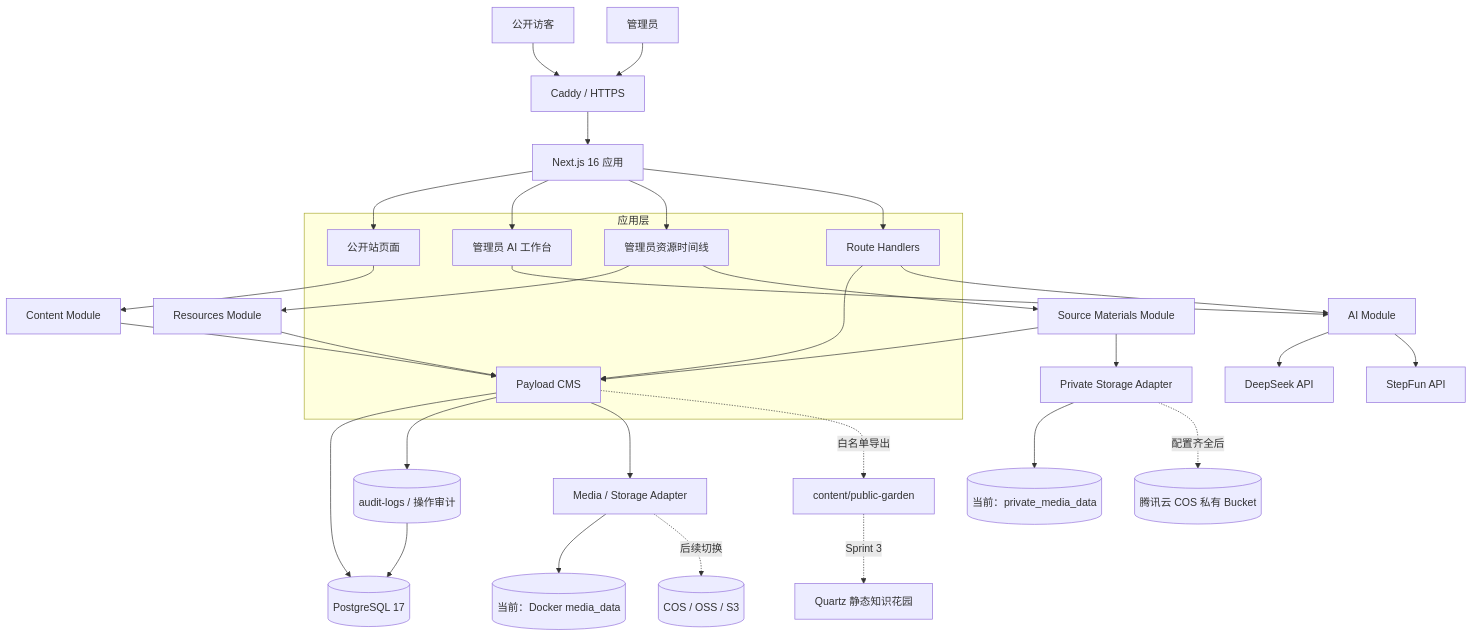
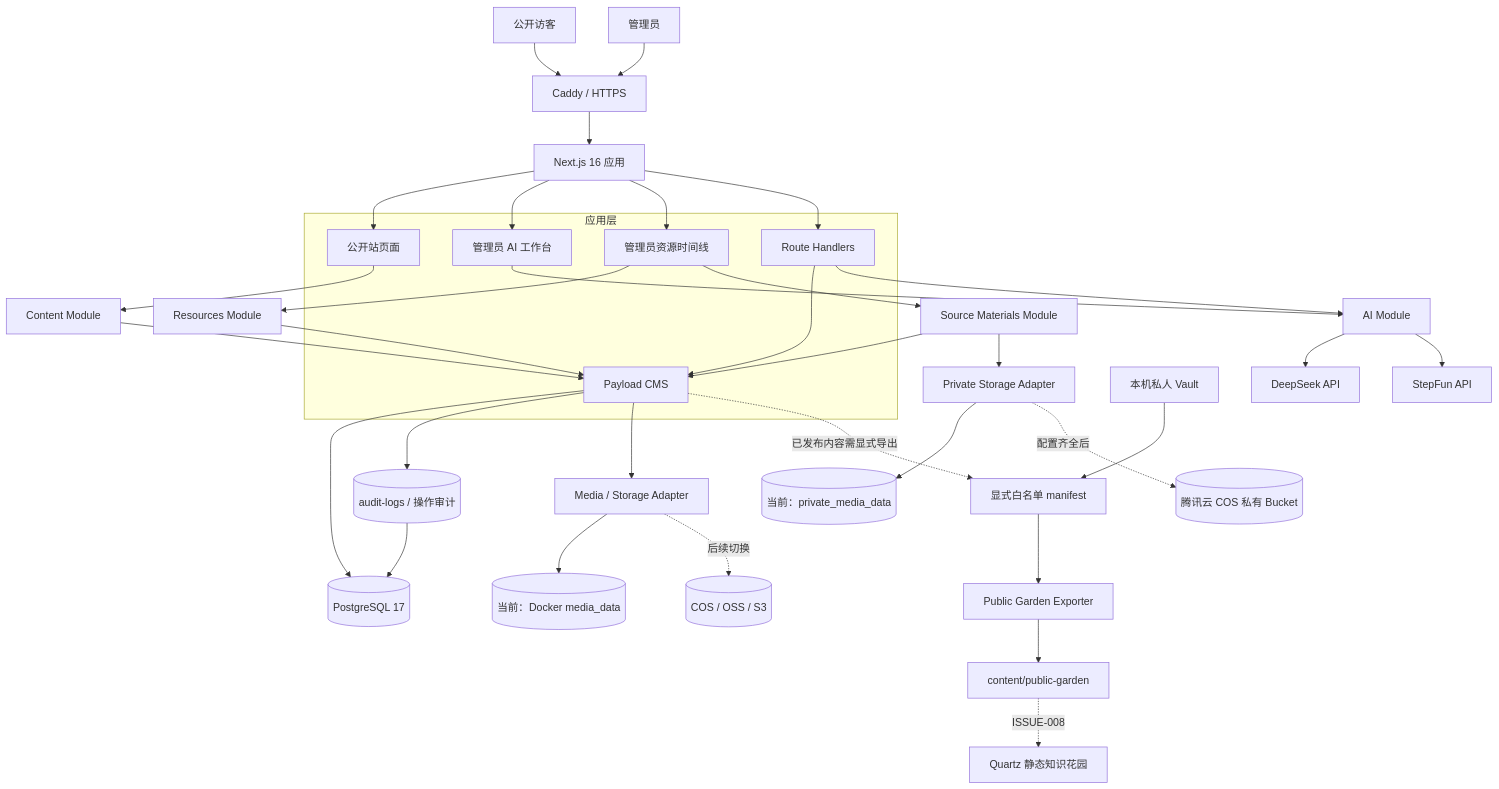
One commit to bseazh/Snorlaxden changed the diagram in README.md. Above: the diagram before and after it, drawn with Mermaid. The commit also changed other lines of this file and 16 other files, not shown here.

Commit message:
feat: add safe public garden exporter

````diff
--- a/README.md
+++ b/README.md
@@ -24,44 +24,47 @@
 ```mermaid
 flowchart TB
   Visitor[公开访客] --> Caddy[Caddy / HTTPS]
   Admin[管理员] --> Caddy
   Caddy --> Next[Next.js 16 应用]
 
   subgraph Web[应用层]
     Public[公开站页面]
     Studio[管理员 AI 工作台]
     Library[管理员资源时间线]
     Routes[Route Handlers]
     Payload[Payload CMS]
   end
 
   Next --> Public
   Next --> Studio
   Next --> Library
   Next --> Routes
   Routes --> Payload
   Public --> ContentModule[Content Module]
   ContentModule --> Payload
   Library --> ResourceModule[Resources Module]
   ResourceModule --> Payload
   Library --> SourceModule[Source Materials Module]
   SourceModule --> Payload
 
   Payload --> PostgreSQL[(PostgreSQL 17)]
   Payload --> Audit[(audit-logs / 操作审计)]
   Audit --> PostgreSQL
   Payload --> Media[Media / Storage Adapter]
   Media --> Local[(当前：Docker media_data)]
   Media -. 后续切换 .-> ObjectStorage[(COS / OSS / S3)]
   SourceModule --> PrivateStore[Private Storage Adapter]
   PrivateStore --> PrivateVolume[(当前：private_media_data)]
   PrivateStore -. 配置齐全后 .-> COS[(腾讯云 COS 私有 Bucket)]
 
   Studio --> AIModule[AI Module]
   Routes --> AIModule
   AIModule --> DeepSeek[DeepSeek API]
   AIModule --> StepFun[StepFun API]
 
-  Payload -. 白名单导出 .-> Export[content/public-garden]
-  Export -. Sprint 3 .-> Quartz[Quartz 静态知识花园]
+  PrivateVault[本机私人 Vault] --> Whitelist[显式白名单 manifest]
+  Whitelist --> GardenExporter[Public Garden Exporter]
+  GardenExporter --> Export[content/public-garden]
+  Payload -. 已发布内容需显式导出 .-> Whitelist
+  Export -. ISSUE-008 .-> Quartz[Quartz 静态知识花园]
 ```
````
